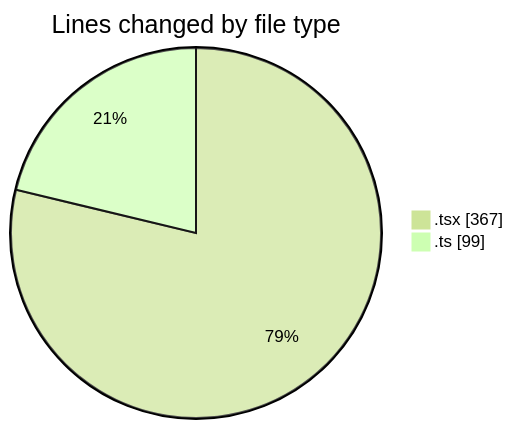
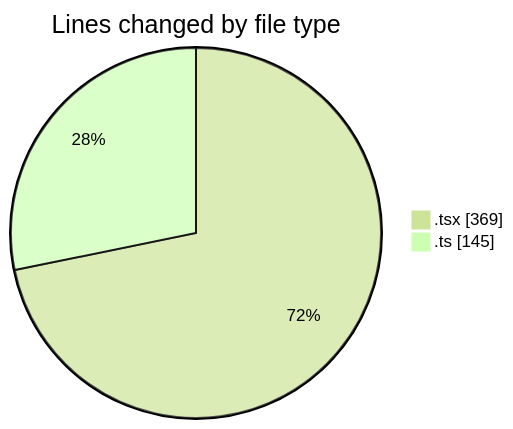
Before and after one commit to julien-gomy/code-tracking: the first of 2 diagrams in 2025-11-23/eventscop-frontend-guide__workspace_/README.md, drawn with Mermaid (forest theme). The commit also changed other lines of this file and 1 other file, not shown here.

````diff
--- a/2025-11-23/eventscop-frontend-guide__workspace_/README.md
+++ b/2025-11-23/eventscop-frontend-guide__workspace_/README.md
@@ -25,6 +26,6 @@
 ```mermaid
 pie showData
 title Lines changed by file type
-".tsx" : 367
-".ts" : 99
+".tsx" : 369
+".ts" : 145
 ```
````
